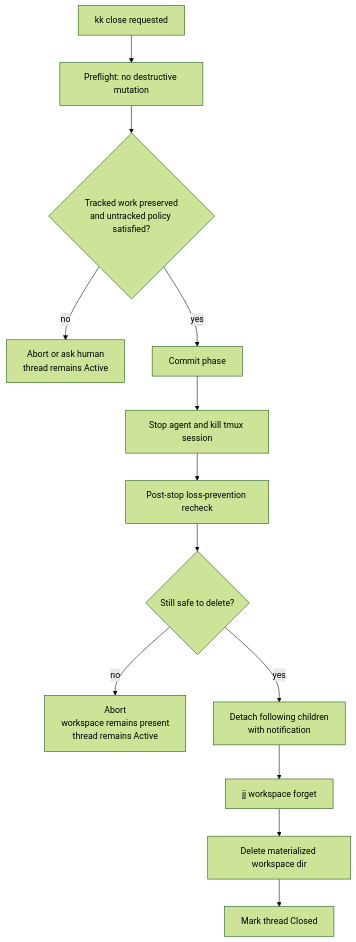
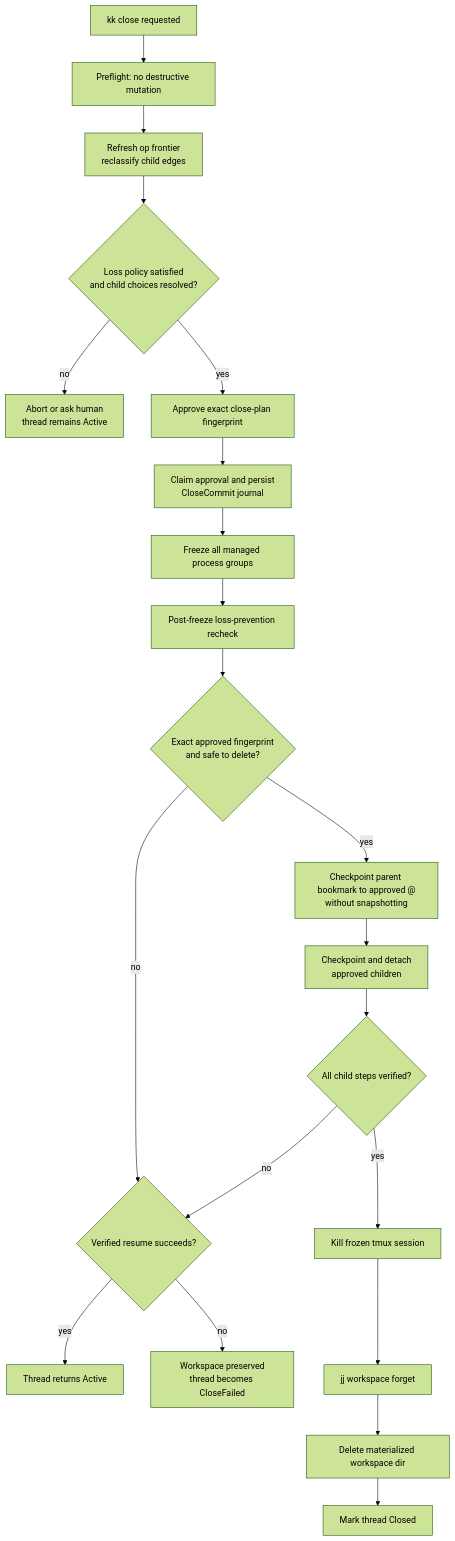
Before and after one commit to skeswa/kiki: the first of 2 diagrams in docs/reference/book/05-threads.md, drawn with Mermaid (forest theme). The commit also changed other lines of this file and 32 other files, not shown here.

````diff
--- a/docs/reference/book/05-threads.md
+++ b/docs/reference/book/05-threads.md
@@ -83,15 +141,23 @@
 ```mermaid
 flowchart TD
     A[kk close requested] --> B[Preflight: no destructive mutation]
-    B --> C{Tracked work preserved\nand untracked policy satisfied?}
+    B --> R[Refresh op frontier\nreclassify child edges]
+    R --> C{Loss policy satisfied\nand child choices resolved?}
     C -- no --> D[Abort or ask human\nthread remains Active]
-    C -- yes --> E[Commit phase]
-    E --> F[Stop agent and kill tmux session]
-    F --> G[Post-stop loss-prevention recheck]
-    G --> K{Still safe to delete?}
-    K -- no --> L[Abort\nworkspace remains present\nthread remains Active]
-    K -- yes --> M[Detach following children\nwith notification]
-    M --> H[jj workspace forget]
+    C -- yes --> AP[Approve exact close-plan fingerprint]
+    AP --> E[Claim approval and persist\nCloseCommit journal]
+    E --> F[Freeze all managed process groups]
+    F --> G[Post-freeze loss-prevention recheck]
+    G --> K{Exact approved fingerprint\nand safe to delete?}
+    K -- no --> L{Verified resume succeeds?}
+    L -- yes --> A1[Thread returns Active]
+    L -- no --> A2[Workspace preserved\nthread becomes CloseFailed]
+    K -- yes --> P[Checkpoint parent bookmark to approved @\nwithout snapshotting]
+    P --> M[Checkpoint and detach\napproved children]
+    M --> X{All child steps verified?}
+    X -- no --> L
+    X -- yes --> Q[Kill frozen tmux session]
+    Q --> H[jj workspace forget]
     H --> I[Delete materialized workspace dir]
     I --> J[Mark thread Closed]
 ```
````
